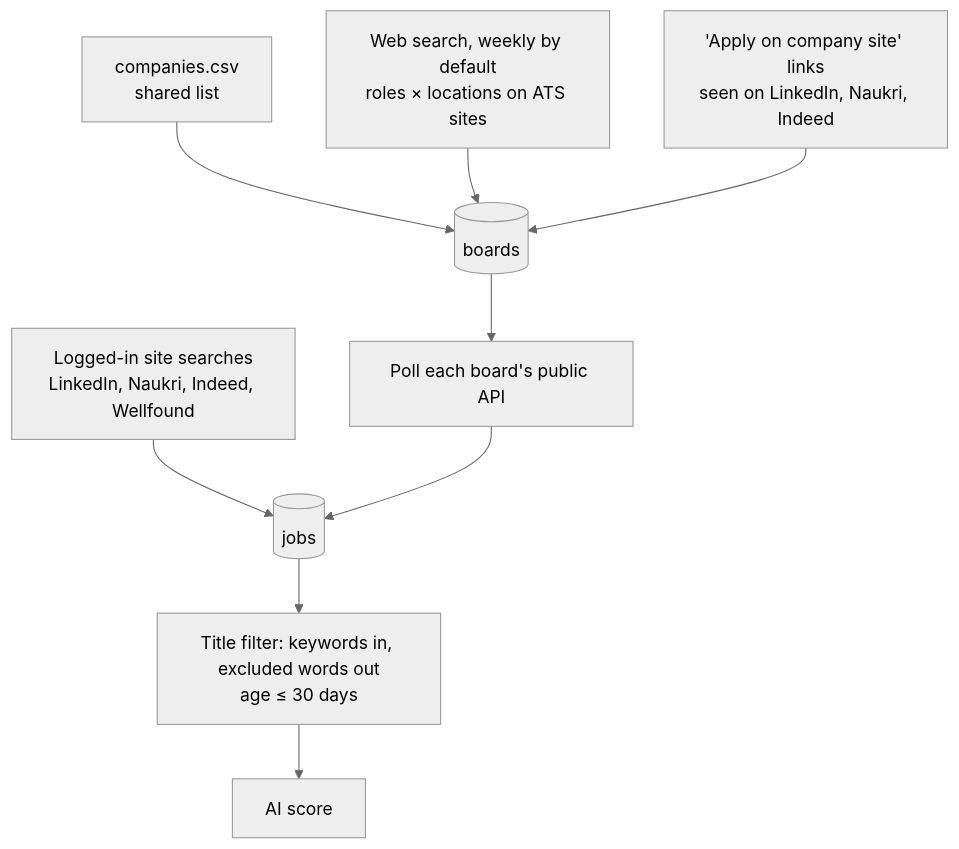
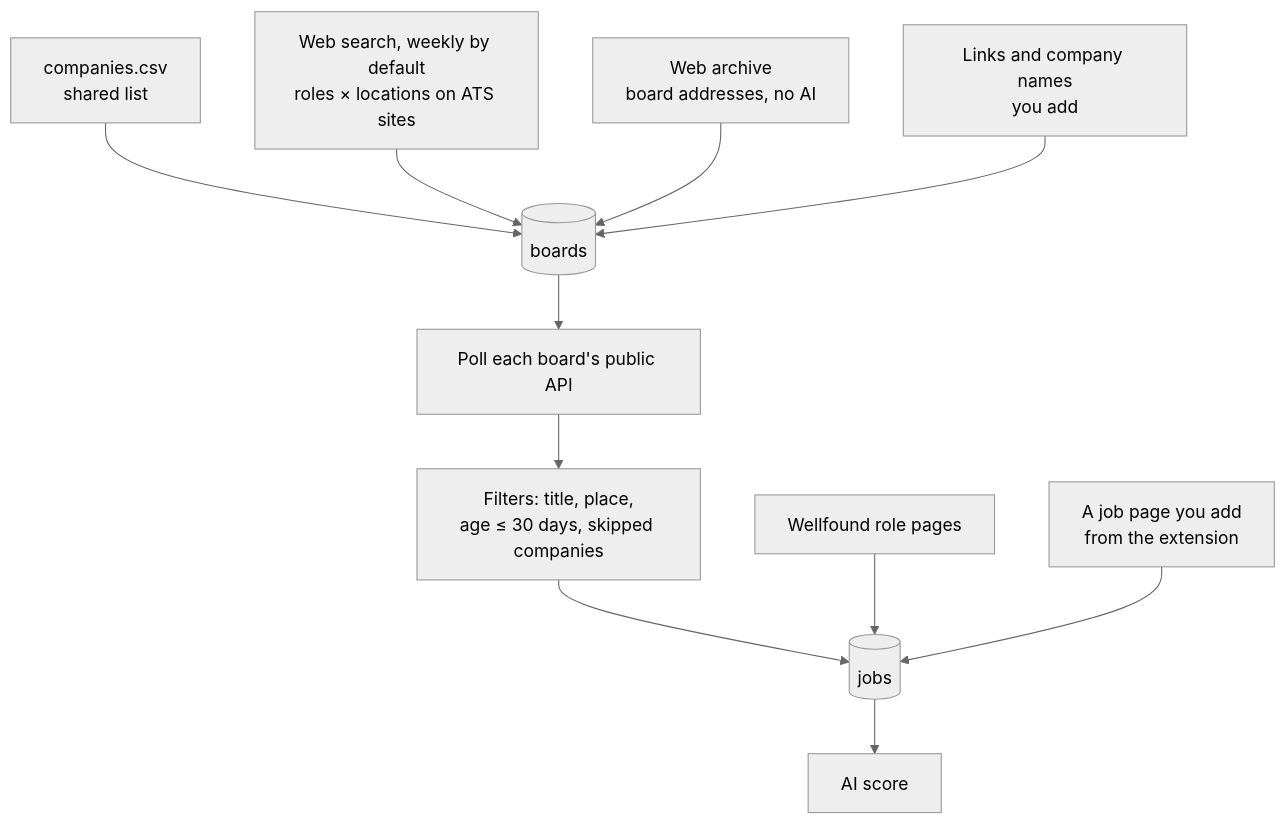
The fifth of 7 diagrams in docs/architecture.md (Avijit07x/truapply), drawn with Mermaid (neutral theme) before and after one commit. The commit also changed other lines of this file and 17 other files, not shown here.

````diff
--- a/docs/architecture.md
+++ b/docs/architecture.md
@@ -384,11 +400,13 @@
 ```mermaid
 flowchart TD
   shared["companies.csv<br/>shared list"] --> boards[(boards)]
   search["Web search, weekly by default<br/>roles × locations on ATS sites"] --> boards
-  links["'Apply on company site' links<br/>seen on LinkedIn, Naukri, Indeed"] --> boards
+  archive["Web archive<br/>board addresses, no AI"] --> boards
+  added["Links and company names<br/>you add"] --> boards
   boards --> poll["Poll each board's public API"]
-  sitesearch["Logged-in site searches<br/>LinkedIn, Naukri, Indeed, Wellfound"] --> jobs
-  poll --> jobs[(jobs)]
-  jobs --> filter["Title filter: keywords in, excluded words out<br/>age ≤ 30 days"]
-  filter --> score["AI score"]
+  poll --> filter["Filters: title, place,<br/>age ≤ 30 days, skipped companies"]
+  filter --> jobs[(jobs)]
+  wellfound["Wellfound role pages"] --> jobs
+  extension["A job page you add<br/>from the extension"] --> jobs
+  jobs --> score["AI score"]
 ```
````
